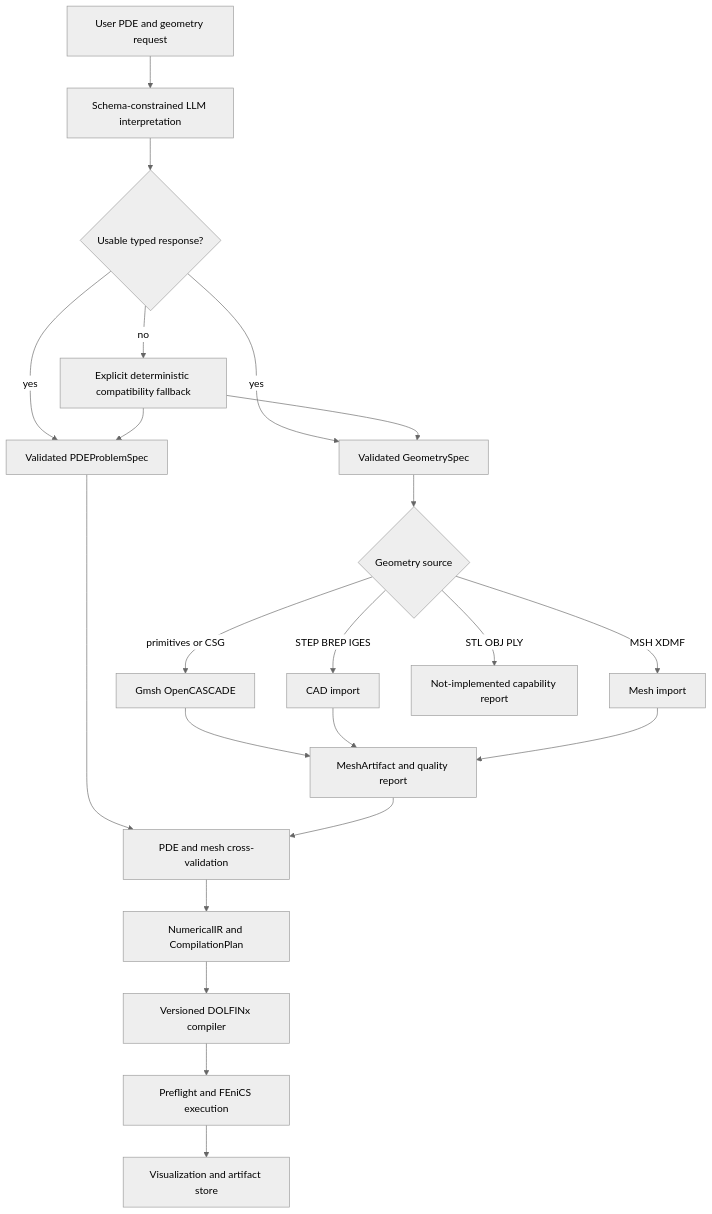
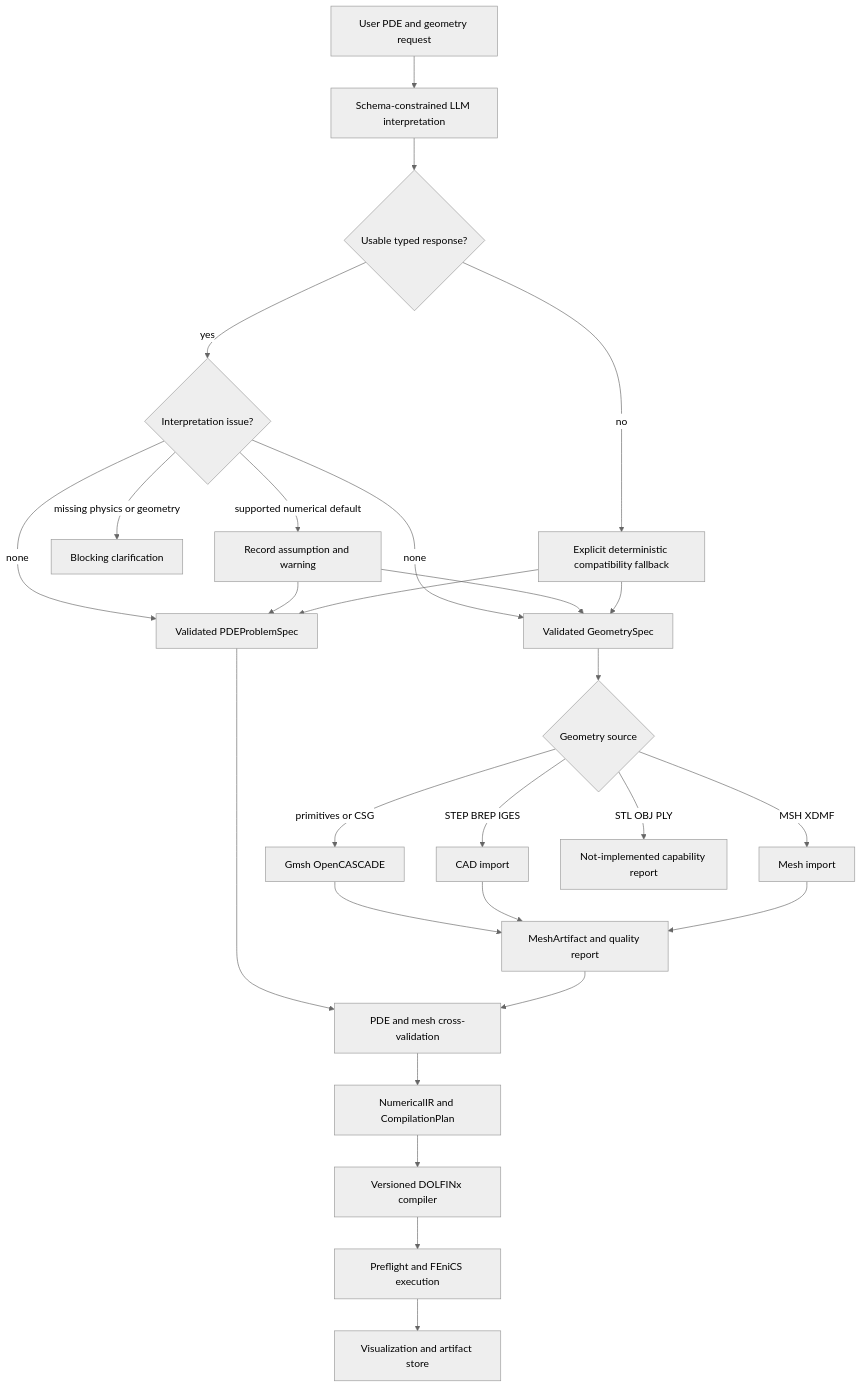
One commit to RadmirG/AES changed the eighth of 10 diagrams in docs/architecture.md. Above: the diagram before and after it, drawn with Mermaid (neutral theme). The commit also changed other lines of this file and 4 other files, not shown here.

````diff
--- a/docs/architecture.md
+++ b/docs/architecture.md
@@ -261,24 +261,29 @@
 ```mermaid
 flowchart TD
     A["User PDE and geometry request"] --> B["Schema-constrained LLM interpretation"]
     B --> BI{"Usable typed response?"}
-    BI -->|yes| C["Validated PDEProblemSpec"]
-    BI -->|yes| D["Validated GeometrySpec"]
+    BI -->|yes| BA{"Interpretation issue?"}
+    BA -->|none| C["Validated PDEProblemSpec"]
+    BA -->|none| D["Validated GeometrySpec"]
+    BA -->|supported numerical default| BW["Record assumption and warning"]
+    BW --> C
+    BW --> D
+    BA -->|missing physics or geometry| BC["Blocking clarification"]
     BI -->|no| BF["Explicit deterministic compatibility fallback"]
     BF --> C
     BF --> D
     D --> E{"Geometry source"}
     E -->|primitives or CSG| F["Gmsh OpenCASCADE"]
     E -->|STEP BREP IGES| G["CAD import"]
     E -->|MSH XDMF| H["Mesh import"]
     E -->|STL OBJ PLY| I["Not-implemented capability report"]
     F --> J["MeshArtifact and quality report"]
     G --> J
     H --> J
     C --> K["PDE and mesh cross-validation"]
     J --> K
     K --> L["NumericalIR and CompilationPlan"]
     L --> M["Versioned DOLFINx compiler"]
     M --> N["Preflight and FEniCS execution"]
     N --> O["Visualization and artifact store"]
 ```
````
